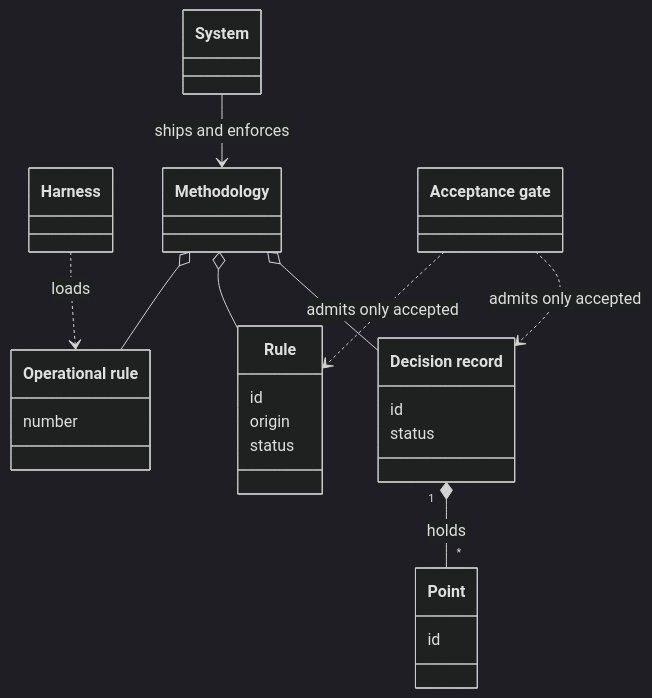
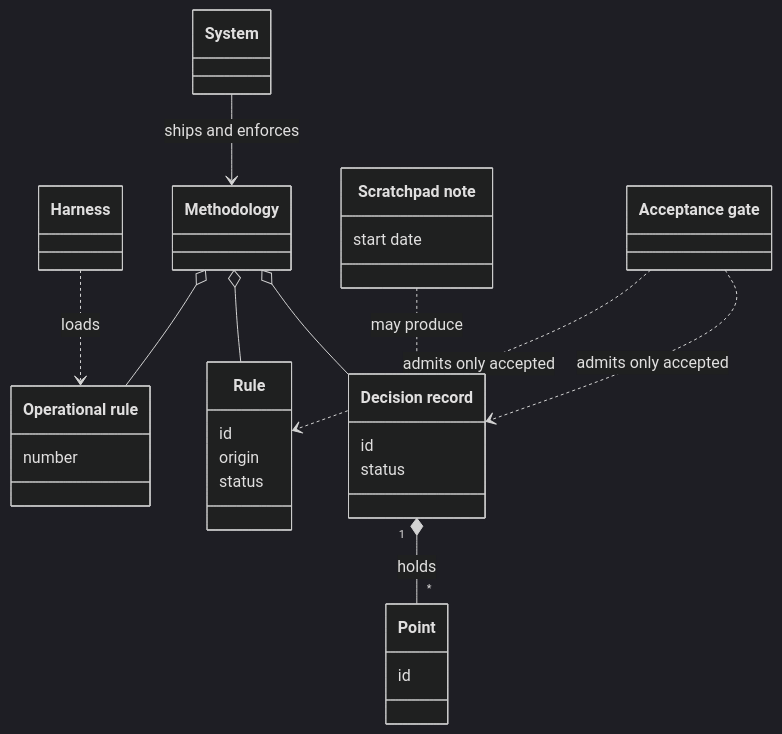
Before and after one commit to aleskalfas/project-kit: the first of 6 diagrams in tech-docs/analysis/core/domain-model/010-the-system-and-its-methodology.md, drawn with Mermaid (dark theme). The commit also changed other lines of this file and 2 other files, not shown here.

````diff
--- a/tech-docs/analysis/core/domain-model/010-the-system-and-its-methodology.md
+++ b/tech-docs/analysis/core/domain-model/010-the-system-and-its-methodology.md
@@ -49,28 +54,31 @@
 ```mermaid
 classDiagram
   accTitle: The system and its methodology
-  accDescr: The system ships and enforces the methodology. The methodology is made of decision records, rules, operational rules and conventions. A decision record holds points. Work builds only on accepted decision records and rules, as the acceptance gate says. A harness loads the operational rules through its include.
+  accDescr: The system ships and enforces the methodology. The methodology is made of decision records, rules, operational rules and conventions. A decision record holds points. A scratchpad note may produce decision records. Work builds only on accepted decision records and rules, as the acceptance gate says. A harness loads the operational rules through its include.
   class System["System"]
   class Harness["Harness"]
   class Methodology["Methodology"]
   class DecisionRecord["Decision record"]
   DecisionRecord : id
   DecisionRecord : status
   class Point["Point"]
   Point : id
+  class ScratchpadNote["Scratchpad note"]
+  ScratchpadNote : start date
   class Rule["Rule"]
   Rule : id
   Rule : origin
   Rule : status
   class AcceptanceGate["Acceptance gate"]
   class OperationalRule["Operational rule"]
   OperationalRule : number
   System --> Methodology : ships and enforces
   Methodology o-- DecisionRecord
   Methodology o-- Rule
   Methodology o-- OperationalRule
   DecisionRecord "1" *-- "*" Point : holds
+  ScratchpadNote ..> DecisionRecord : may produce
   AcceptanceGate ..> DecisionRecord : admits only accepted
   AcceptanceGate ..> Rule : admits only accepted
   Harness ..> OperationalRule : loads
 ```
````
